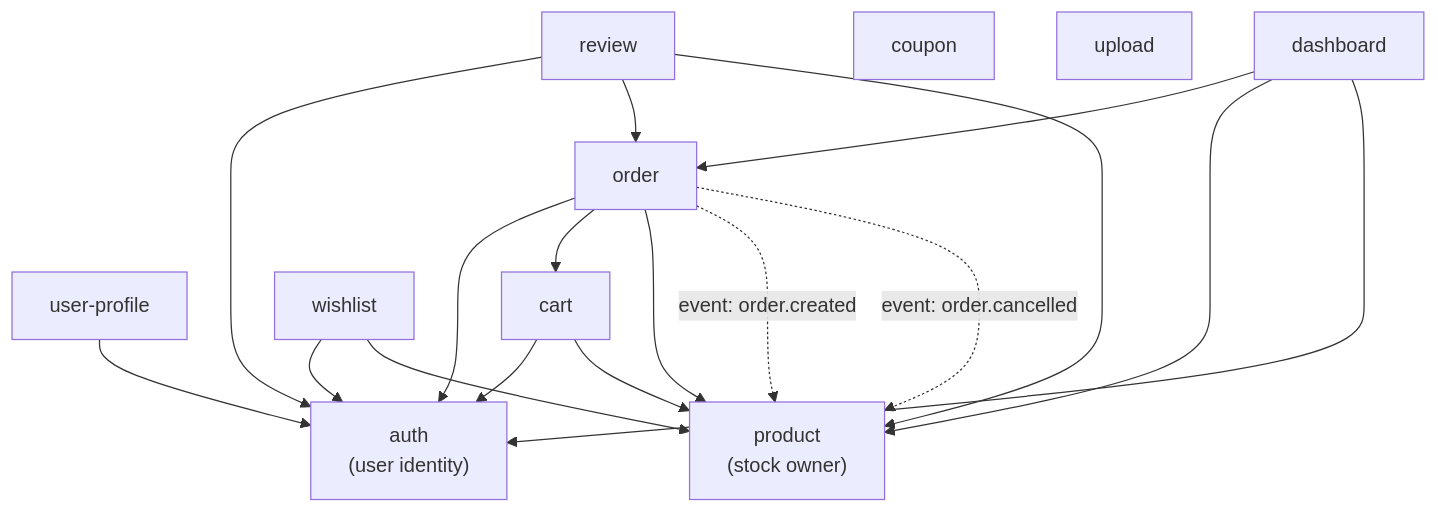
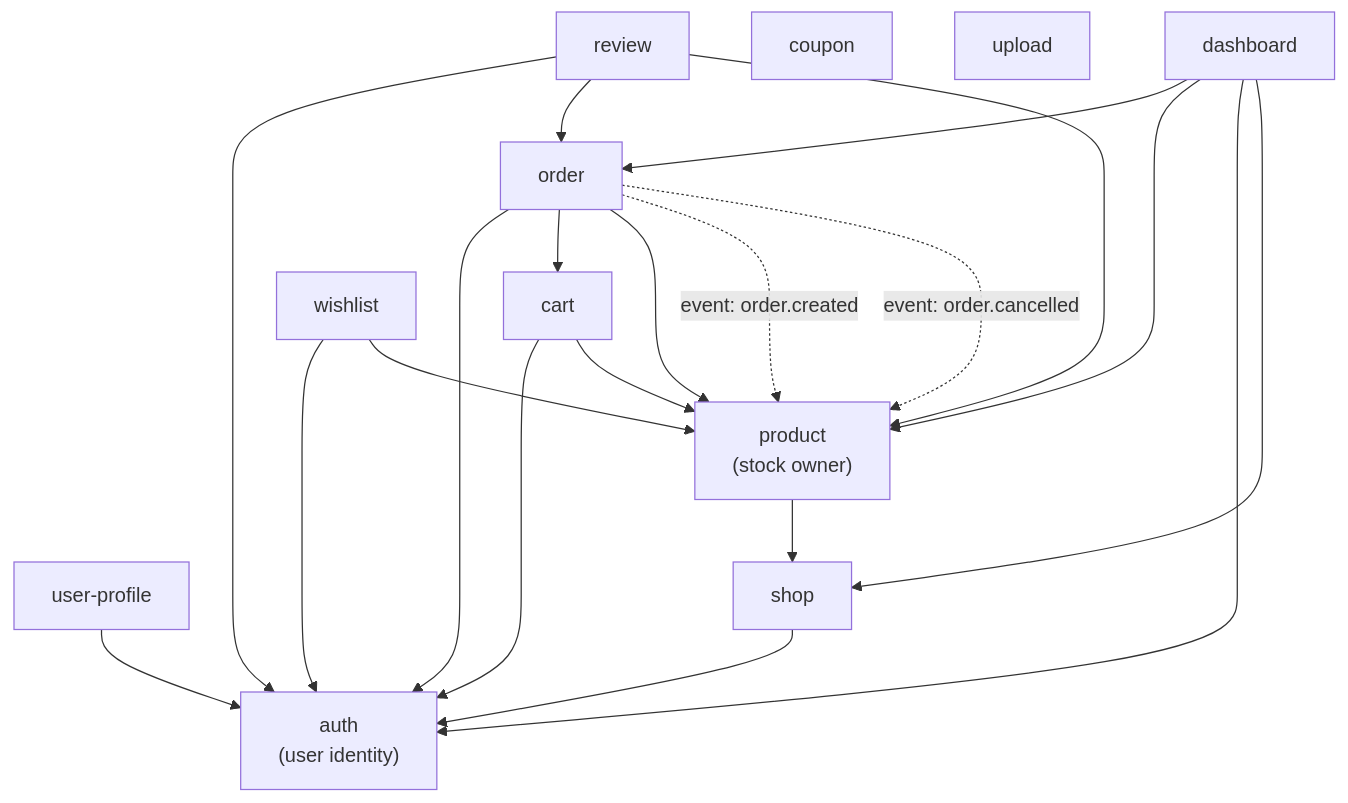
The third of 3 diagrams in backend-nestjs/docs/BE-ARCHITECTURE.md (Hy-Khang/E-commerce-shop-Amazon-), drawn with Mermaid before and after one commit. The commit also changed other lines of this file and 80 other files, not shown here.

````diff
--- a/backend-nestjs/docs/BE-ARCHITECTURE.md
+++ b/backend-nestjs/docs/BE-ARCHITECTURE.md
@@ -207,25 +209,28 @@
 ```mermaid
 graph TD
     Auth["auth<br/>(user identity)"]
     UP["user-profile"] --> Auth
+    Shop["shop"] --> Auth
     Cart["cart"] --> Auth
     Cart --> Product["product<br/>(stock owner)"]
+    Product --> Shop
     Order["order"] --> Auth
     Order --> Cart
     Order --> Product
     Review["review"] --> Auth
     Review --> Order
     Review --> Product
 
     Wishlist["wishlist"] --> Auth
     Wishlist --> Product
     Coupon["coupon"]
     Upload["upload"]
     Dashboard["dashboard"] --> Order
     Dashboard --> Product
     Dashboard --> Auth
+    Dashboard --> Shop
 
     Order -.->|event: order.created| Product
     Order -.->|event: order.cancelled| Product
 
 ```
````
